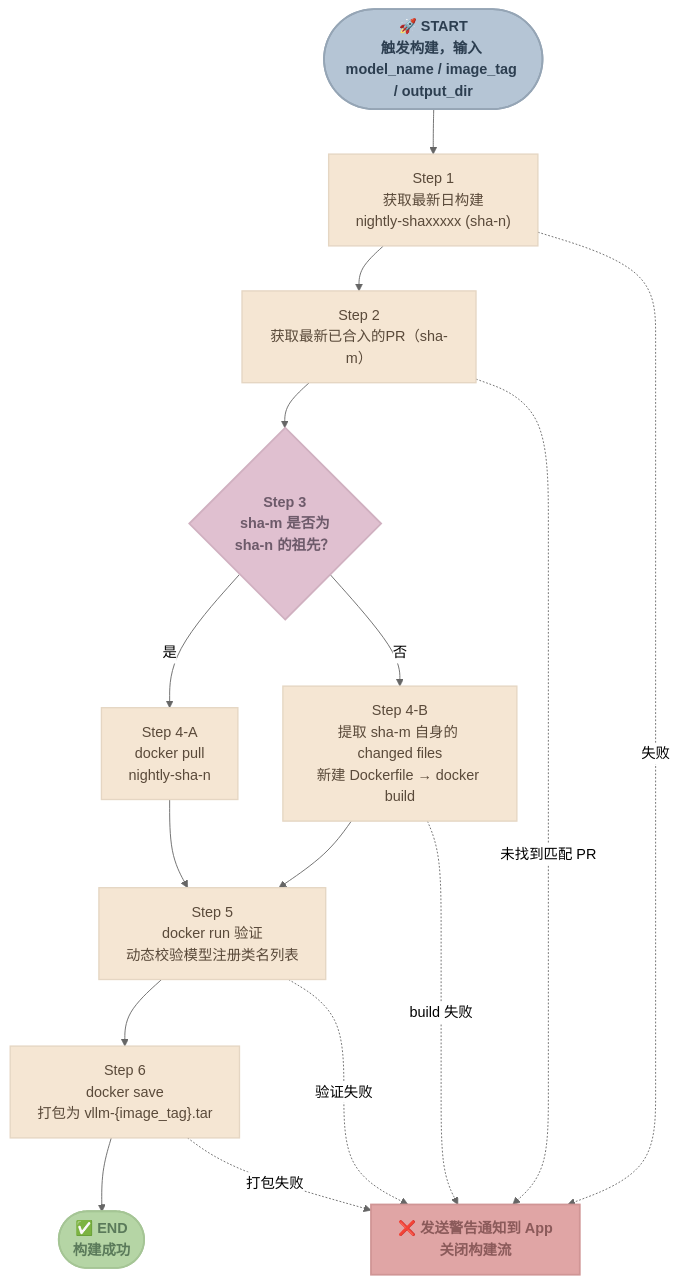
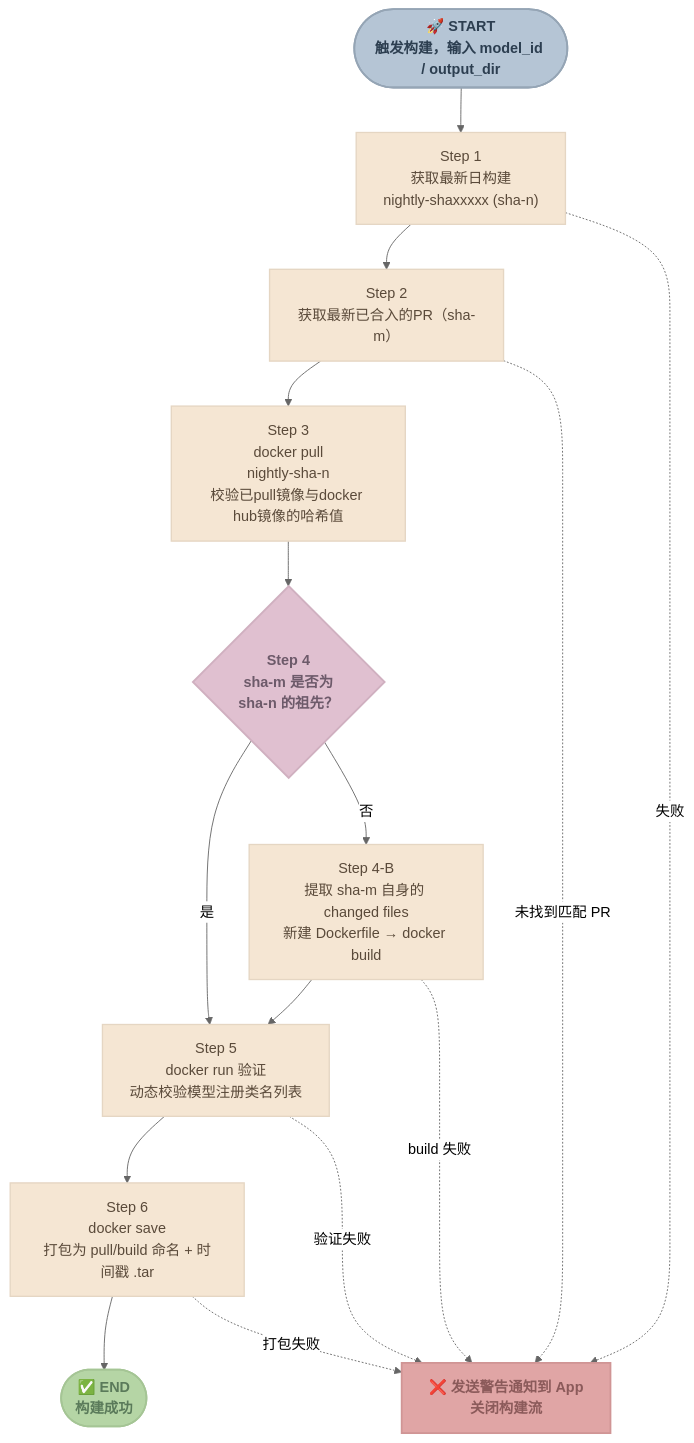
Before and after one commit to willingcd/autoimage: the diagram in flow.md, drawn with Mermaid (neutral theme). The commit also changed 15 other files, not shown here.

````diff
--- a/flow.md
+++ b/flow.md
@@ -1,51 +1,42 @@
 ```mermaid
 flowchart TB
-    START(["🚀 START<br/>触发构建，输入 model_name / image_tag / output_dir"])
-
+    START(["🚀 START<br/>触发构建，输入 model_id / output_dir"])
     S1["Step 1<br/>获取最新日构建<br/>nightly-shaxxxxx (sha-n)"]
-
     S2["Step 2<br/>获取最新已合入的PR（sha-m）"]
-
-    S3{"Step 3<br/>sha-m 是否为<br/>sha-n 的祖先？"}
-
-    S4A["Step 4-A<br/>docker pull<br/>nightly-sha-n"]
-
+    S3["Step 3<br/>docker pull<br/>nightly-sha-n<br>校验已pull镜像与docker hub镜像的哈希值"]
+    S4{"Step 4<br/>sha-m 是否为<br/>sha-n 的祖先？"}
     S4B["Step 4-B<br/>提取 sha-m 自身的 changed files<br/>新建 Dockerfile → docker build"]
-
     S5["Step 5<br/>docker run 验证<br/>动态校验模型注册类名列表"]
-
-    S6["Step 6<br/>docker save<br/>打包为 vllm-{image_tag}.tar"]
-
+    S6["Step 6<br/>docker save<br/>打包为 pull/build 命名 + 时间戳 .tar"]
     END_OK(["✅ END<br/>构建成功"])
-
     ERR["❌ 发送警告通知到 App<br/>关闭构建流"]
 
     START --> S1
     S1 --> S2
     S2 --> S3
-    S3 -->|是| S4A
-    S3 -->|否| S4B
-    S4A --> S5
+    S3 --> S4
+    S4 -->|是| S5
+    S4 -->|否| S4B
     S4B --> S5
     S5 --> S6
     S6 --> END_OK
 
     S1 -.->|失败| ERR
     S2 -.->|未找到匹配 PR| ERR
     S4B -.->|build 失败| ERR
     S5 -.->|验证失败| ERR
     S6 -.->|打包失败| ERR
 
     %% 样式定义 - 莫兰迪色系（低饱和度）
     classDef startEnd fill:#B5C5D5,stroke:#95A5B5,stroke-width:2px,color:#2c3e50,font-weight:bold
     classDef process fill:#F5E6D3,stroke:#E5D6C3,stroke-width:1.5px,color:#5a4a3a
     classDef decision fill:#E0C0D0,stroke:#D0B0C0,stroke-width:2px,color:#6d5a6a,font-weight:bold
     classDef error fill:#E0A5A5,stroke:#D09595,stroke-width:2px,color:#8b5a5a,font-weight:bold
     classDef success fill:#B5D5A5,stroke:#A5C595,stroke-width:2px,color:#5a7a5a,font-weight:bold
 
     class START startEnd
-    class S1,S2,S4A,S4B,S5,S6 process
-    class S3 decision
+    class S1,S2,S3,S4B,S5,S6 process
+    class S4 decision
     class ERR error
     class END_OK success
 ```
````
